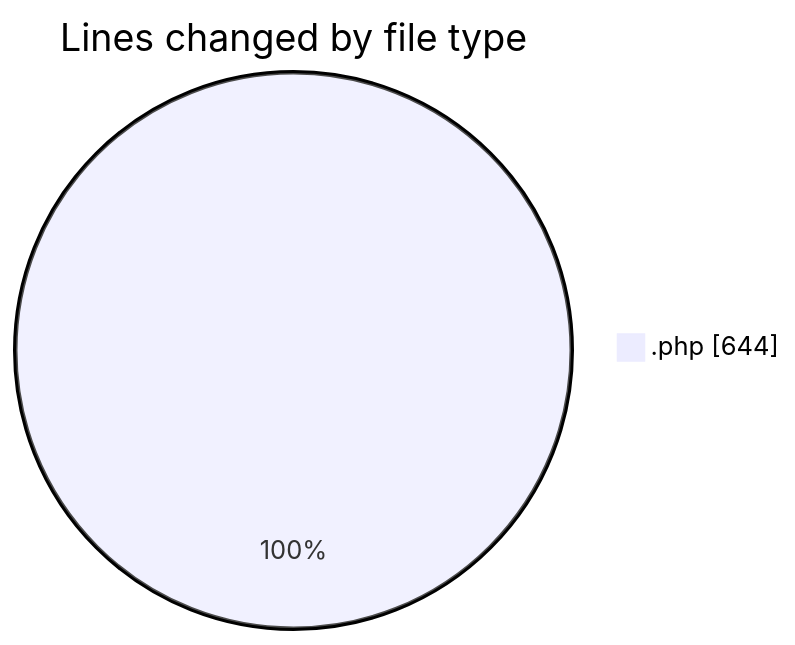
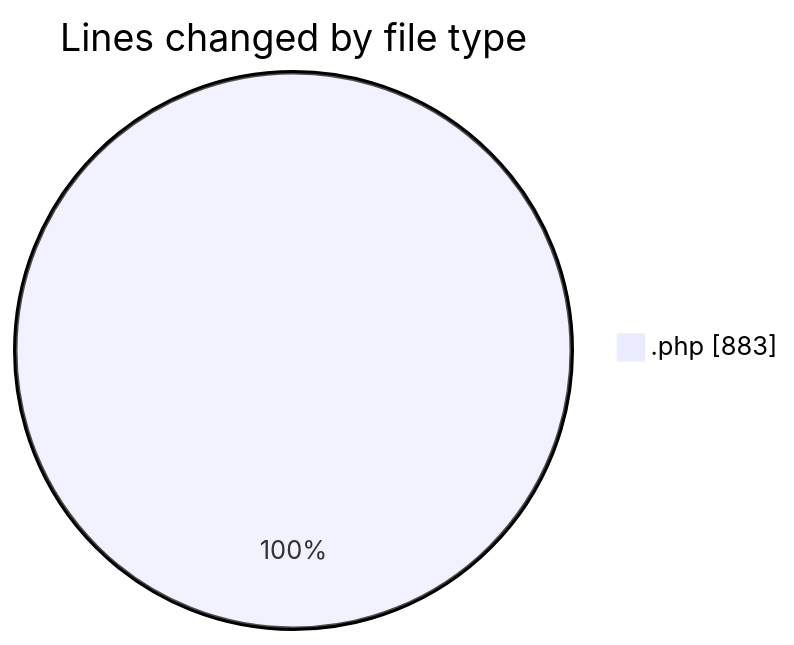
One commit to idhammustaqopulfikri/code-tracking changed the first of 2 diagrams in 2025-11-11/futsal/README.md. Above: the diagram before and after it, drawn with Mermaid. The commit also changed other lines of this file and 1 other file, not shown here.

````diff
--- a/2025-11-11/futsal/README.md
+++ b/2025-11-11/futsal/README.md
@@ -27,5 +29,5 @@
 ```mermaid
 pie showData
 title Lines changed by file type
-".php" : 644
+".php" : 883
 ```
````
